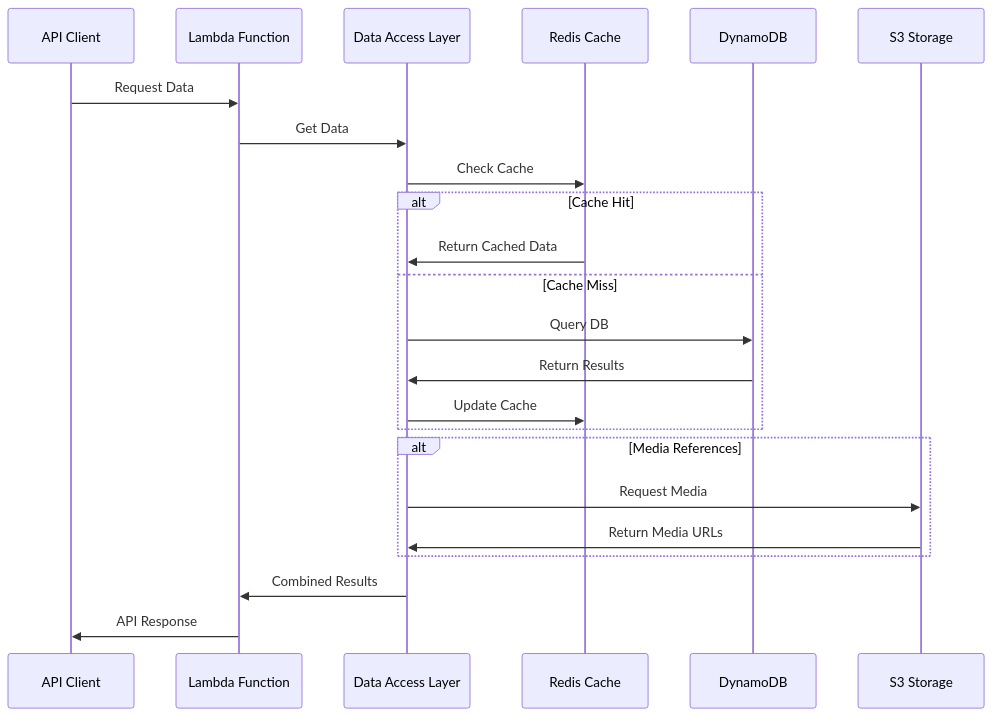
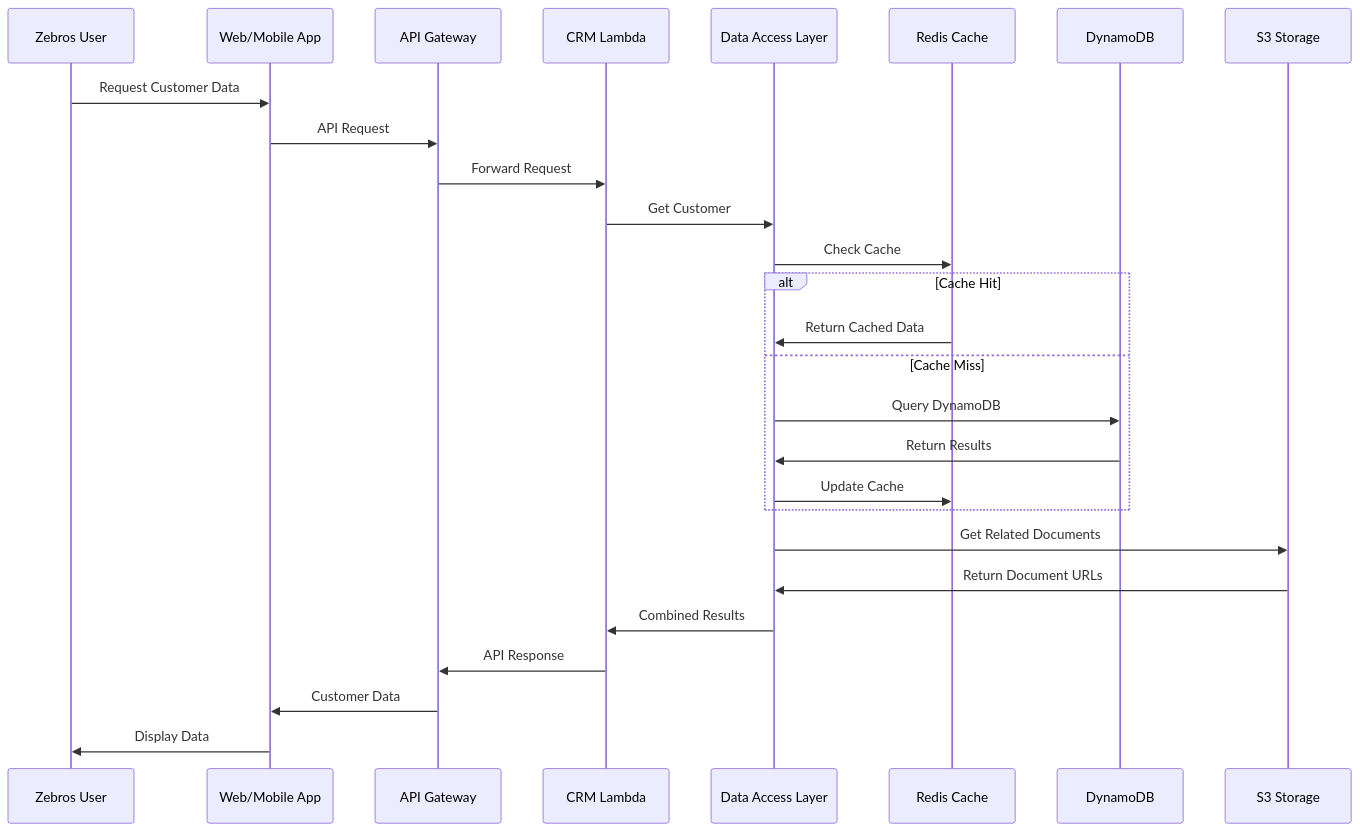
One commit to philkunz/fargate changed the seventh of 10 diagrams in architecture/data.md. Above: the diagram before and after it, drawn with Mermaid. The commit also changed other lines of this file and 11 other files, not shown here.

Commit message:
feat(documentation): Revamp Zebros CRM serverless architecture documentation with updated diagrams, expanded API, authentication, long-running tasks, data storage, and scaling details

````diff
--- a/architecture/data.md
+++ b/architecture/data.md
@@ -149,29 +235,34 @@
 ```mermaid
 sequenceDiagram
-    participant Client as API Client
-    participant Lambda as Lambda Function
+    participant User as Zebros User
+    participant App as Web/Mobile App
+    participant API as API Gateway
+    participant Lambda as CRM Lambda
     participant DAL as Data Access Layer
     participant Cache as Redis Cache
     participant DB as DynamoDB
     participant S3 as S3 Storage
     
-    Client->>Lambda: Request Data
-    Lambda->>DAL: Get Data
+    User->>App: Request Customer Data
+    App->>API: API Request
+    API->>Lambda: Forward Request
+    
+    Lambda->>DAL: Get Customer
     DAL->>Cache: Check Cache
     
     alt Cache Hit
         Cache->>DAL: Return Cached Data
     else Cache Miss
-        DAL->>DB: Query DB
+        DAL->>DB: Query DynamoDB
         DB->>DAL: Return Results
         DAL->>Cache: Update Cache
     end
     
-    alt Media References
-        DAL->>S3: Request Media
-        S3->>DAL: Return Media URLs
-    end
+    DAL->>S3: Get Related Documents
+    S3->>DAL: Return Document URLs
     
     DAL->>Lambda: Combined Results
-    Lambda->>Client: API Response
+    Lambda->>API: API Response
+    API->>App: Customer Data
+    App->>User: Display Data
 ```
````
